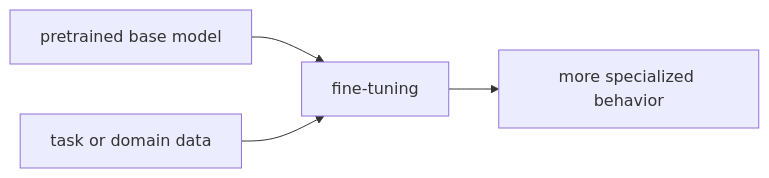
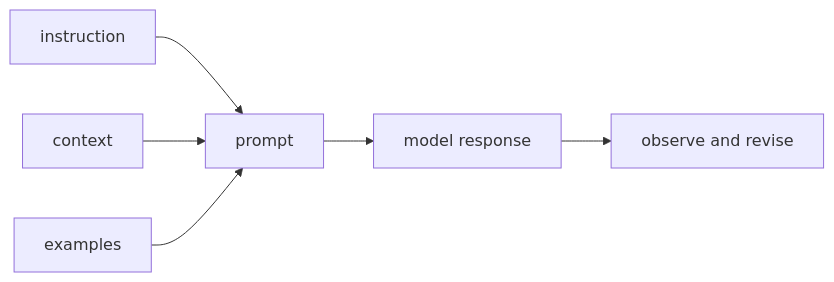
The diagram in docs/parts/part-05/chapter-09/section-01.md (devchan64/AiBook), drawn with Mermaid before and after one commit. The commit also changed other lines of this file and 47 other files, not shown here.

````diff
--- a/docs/parts/part-05/chapter-09/section-01.md
+++ b/docs/parts/part-05/chapter-09/section-01.md
@@ -127,11 +152,14 @@
 ```mermaid
 flowchart LR
-  A["pretrained base model"]
-  B["task or domain data"]
-  C["fine-tuning"]
-  D["more specialized behavior"]
+  A["instruction"]
+  B["context"]
+  C["examples"]
+  D["prompt"]
+  E["model response"]
+  F["observe and revise"]
 
-  A --> C
-  B --> C
+  A --> D
+  B --> D
   C --> D
+  D --> E --> F
 ```
````
